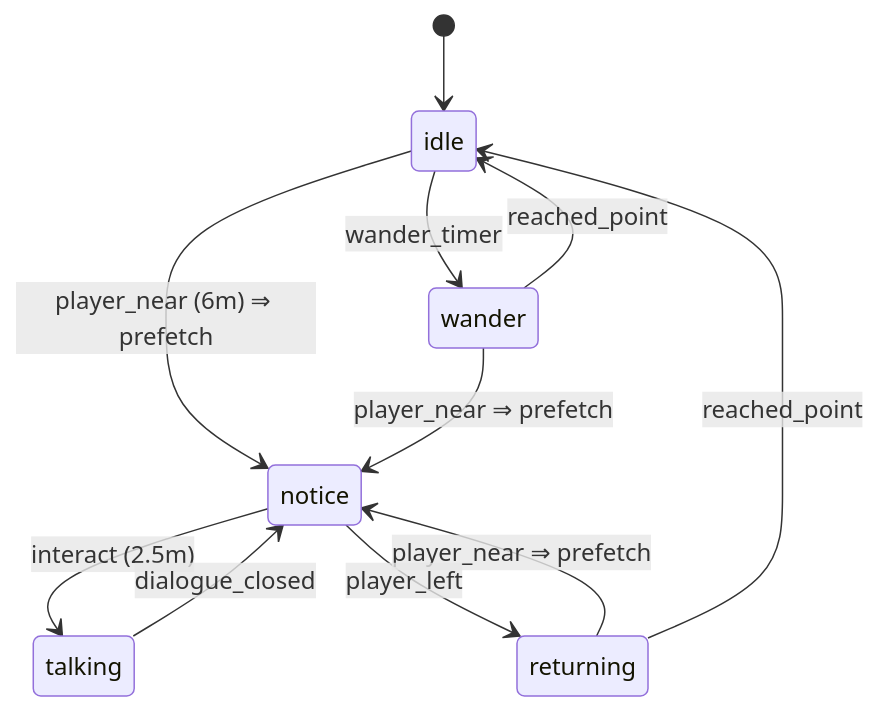
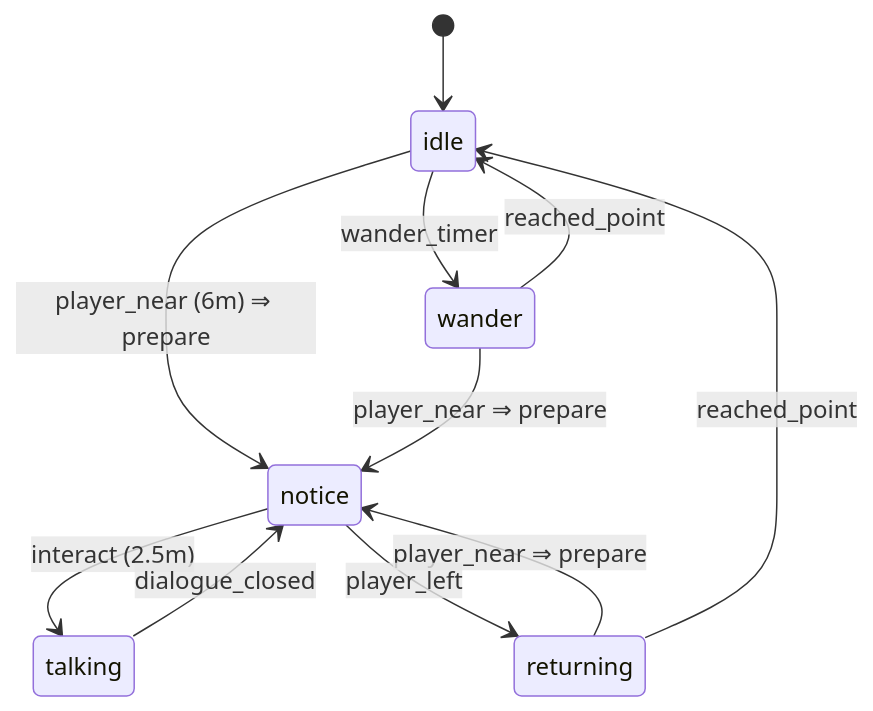
The third of 3 diagrams in projects/joseon-outlaw/docs/12-quest-npc-fsm.md (jngbnss/rea-playground), drawn with Mermaid before and after one commit. The commit also changed other lines of this file and 10 other files, not shown here.

````diff
--- a/projects/joseon-outlaw/docs/12-quest-npc-fsm.md
+++ b/projects/joseon-outlaw/docs/12-quest-npc-fsm.md
@@ -70,13 +70,13 @@
 ```mermaid
 stateDiagram-v2
     [*] --> idle
     idle --> wander: wander_timer
     wander --> idle: reached_point
-    idle --> notice: player_near (6m) ⇒ prefetch
-    wander --> notice: player_near ⇒ prefetch
-    returning --> notice: player_near ⇒ prefetch
+    idle --> notice: player_near (6m) ⇒ prepare
+    wander --> notice: player_near ⇒ prepare
+    returning --> notice: player_near ⇒ prepare
     notice --> talking: interact (2.5m)
     talking --> notice: dialogue_closed
     notice --> returning: player_left
     returning --> idle: reached_point
 ```
````
